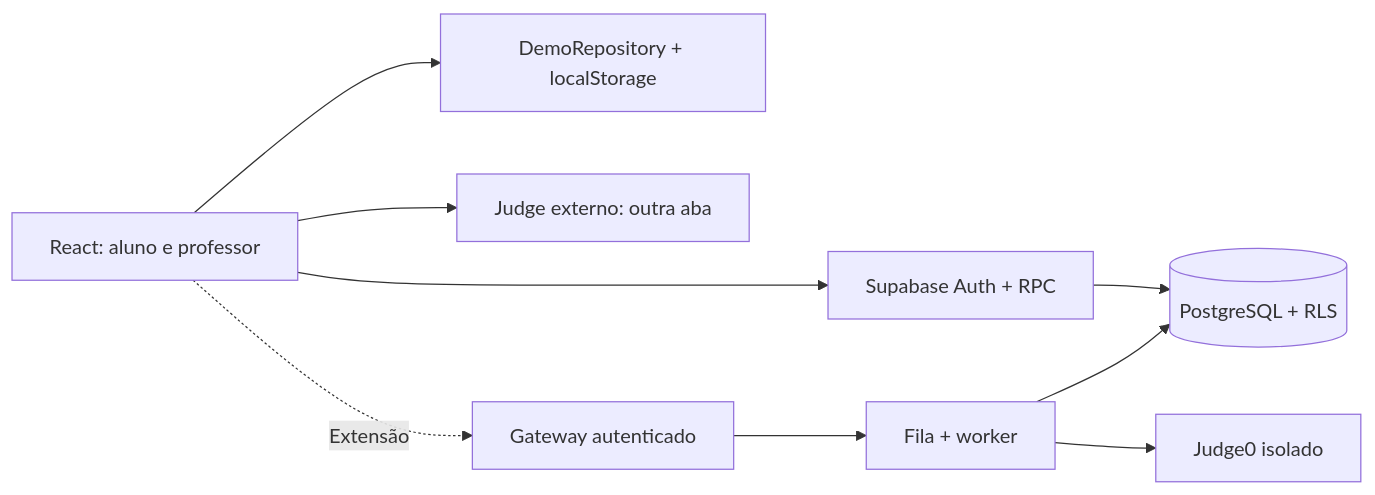
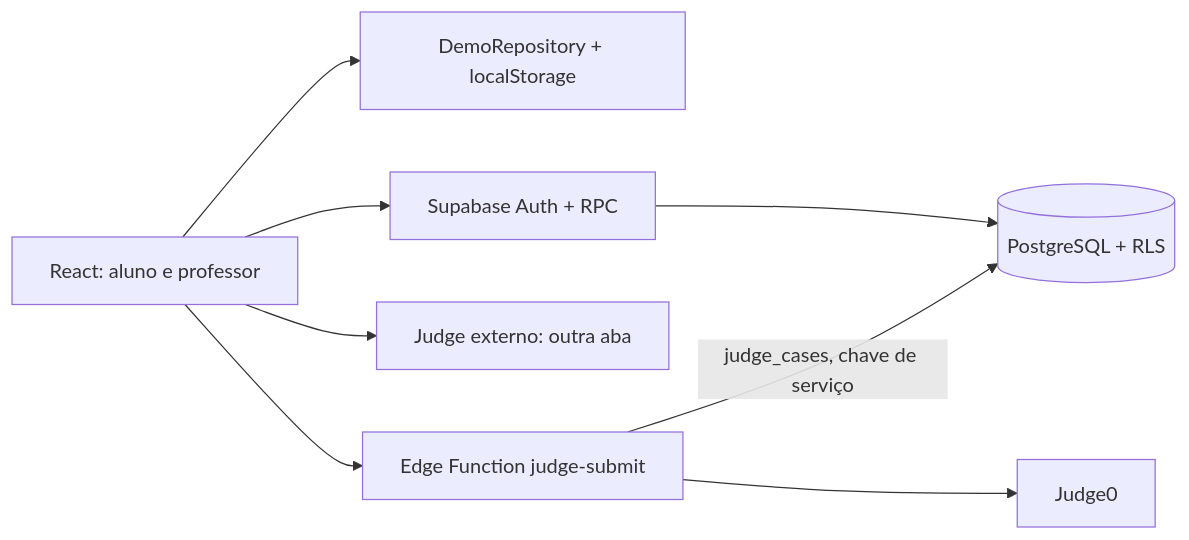
The first of 2 diagrams in docs/ARQUITETURA.md (MarcusCSPereira/ClassCode), drawn with Mermaid before and after one commit. The commit also changed other lines of this file and 26 other files, not shown here.

First line of the commit message:
fix: make code execution work outside dev and keep judge cases on the server (CC-22)

````diff
--- a/docs/ARQUITETURA.md
+++ b/docs/ARQUITETURA.md
@@ -9,11 +9,10 @@
 ```mermaid
 flowchart LR
   A[React: aluno e professor] --> D[DemoRepository + localStorage]
   A --> S[Supabase Auth + RPC]
   S --> P[(PostgreSQL + RLS)]
   A --> E[Judge externo: outra aba]
-  A -. Extensão .-> G[Gateway autenticado]
-  G --> Q[Fila + worker]
-  Q --> J[Judge0 isolado]
-  Q --> P
+  A --> G[Edge Function judge-submit]
+  G -->|judge_cases, chave de serviço| P
+  G --> J[Judge0]
 ```
````
